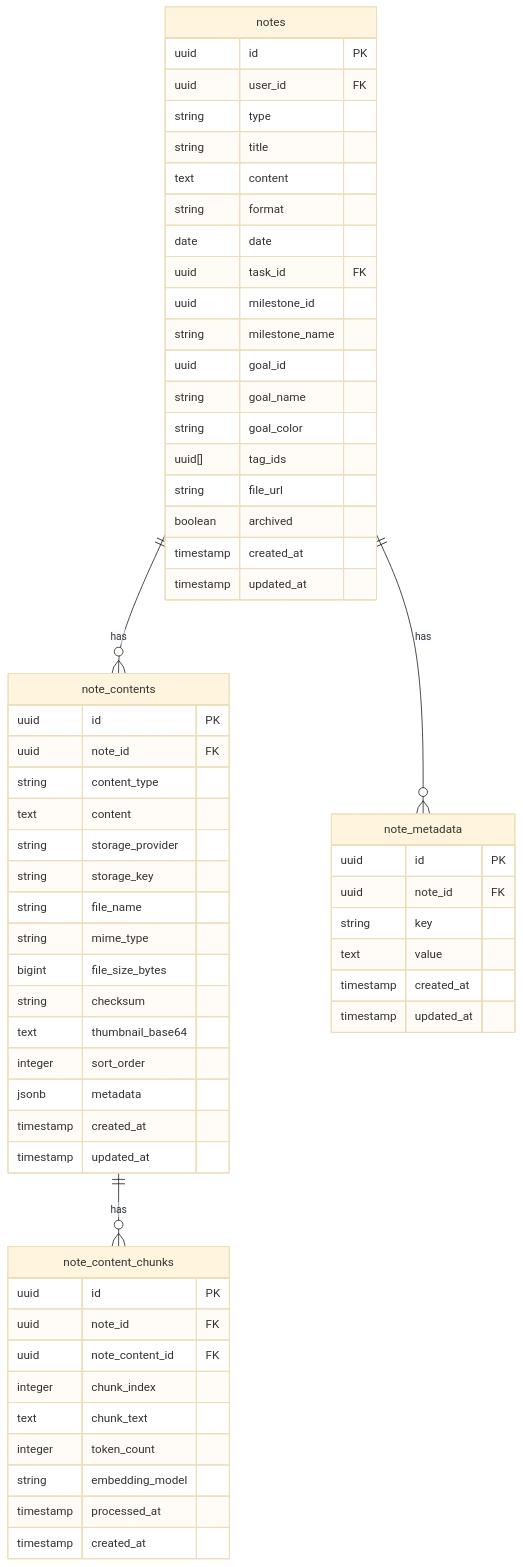
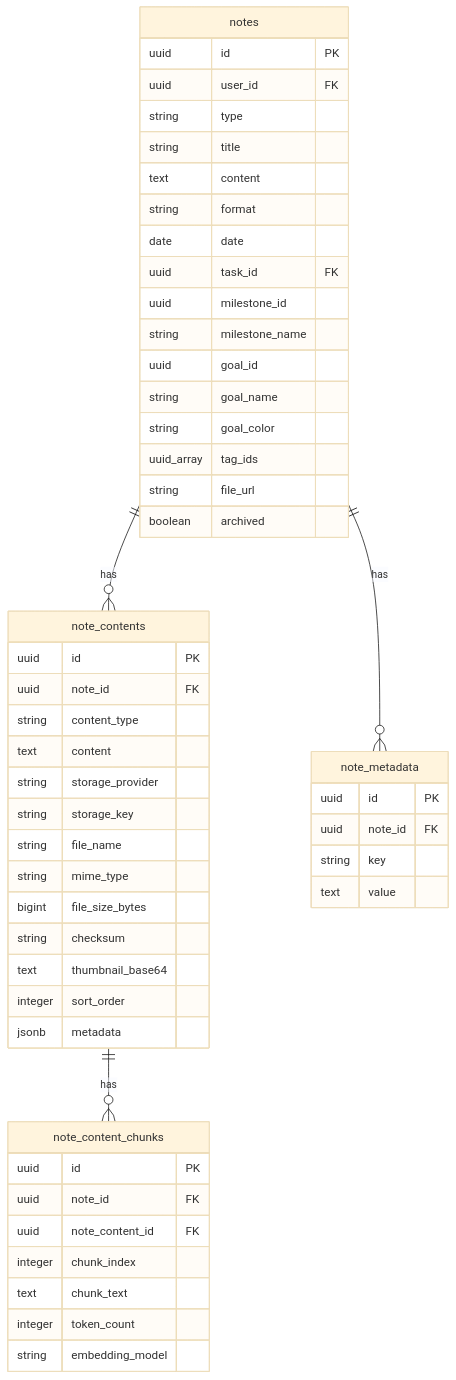
One commit to yu-min3/kensan changed the second of 3 diagrams in backend/services/note/ARCHITECTURE.md. Above: the diagram before and after it, drawn with Mermaid (base theme). The commit also changed other lines of this file and 117 other files, not shown here.

````diff
--- a/backend/services/note/ARCHITECTURE.md
+++ b/backend/services/note/ARCHITECTURE.md
@@ -39,66 +61,58 @@
 ```mermaid
 erDiagram
+    notes ||--o{ note_contents : "has"
+    notes ||--o{ note_metadata : "has"
+    note_contents ||--o{ note_content_chunks : "has"
+
     notes {
         uuid id PK
         uuid user_id FK
         string type
         string title
         text content
         string format
         date date
         uuid task_id FK
         uuid milestone_id
         string milestone_name
         uuid goal_id
         string goal_name
         string goal_color
-        uuid[] tag_ids
+        uuid_array tag_ids
         string file_url
         boolean archived
-        timestamp created_at
-        timestamp updated_at
     }
 
     note_contents {
         uuid id PK
         uuid note_id FK
         string content_type
         text content
         string storage_provider
         string storage_key
         string file_name
         string mime_type
         bigint file_size_bytes
         string checksum
         text thumbnail_base64
         integer sort_order
         jsonb metadata
-        timestamp created_at
-        timestamp updated_at
     }
 
     note_metadata {
         uuid id PK
         uuid note_id FK
         string key
         text value
-        timestamp created_at
-        timestamp updated_at
     }
 
     note_content_chunks {
         uuid id PK
         uuid note_id FK
         uuid note_content_id FK
         integer chunk_index
         text chunk_text
         integer token_count
         string embedding_model
-        timestamp processed_at
-        timestamp created_at
     }
-
-    notes ||--o{ note_contents : "has"
-    notes ||--o{ note_metadata : "has"
-    note_contents ||--o{ note_content_chunks : "has"
 ```
````
